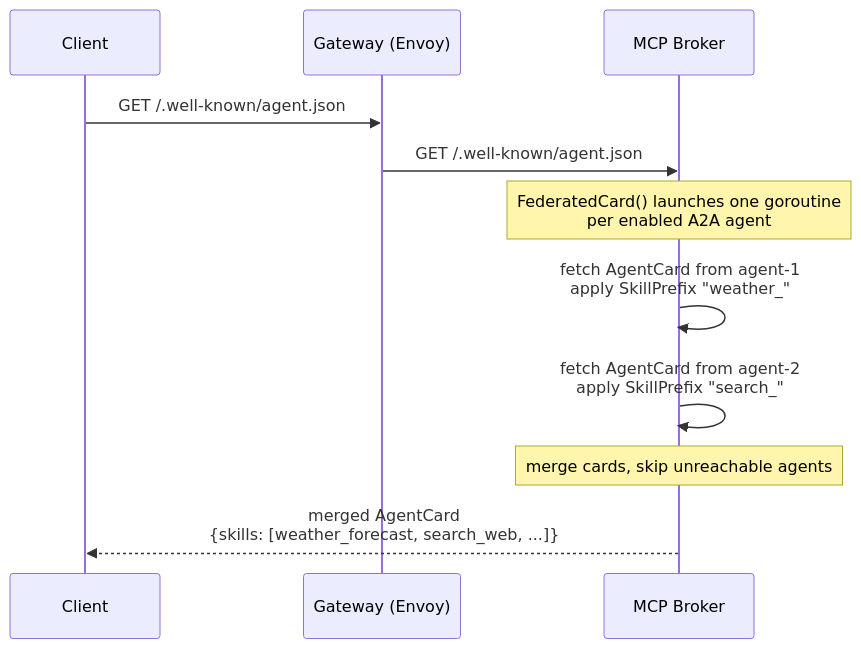
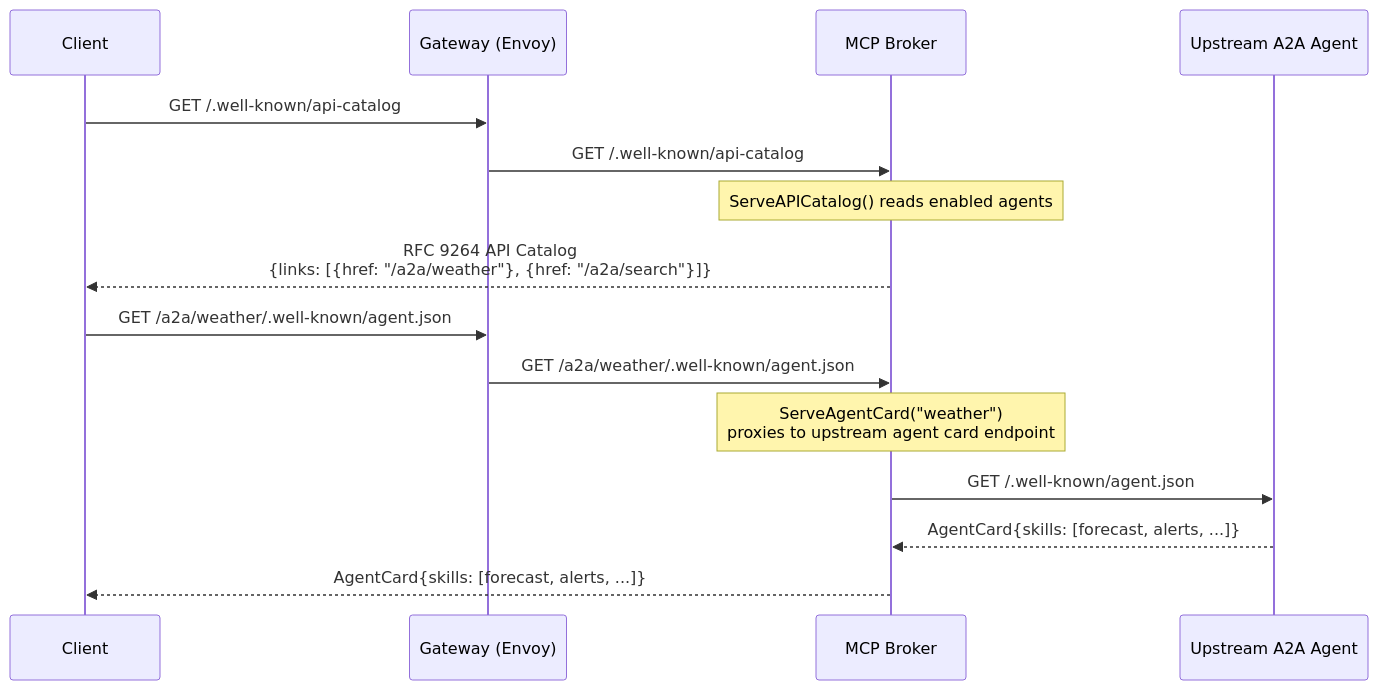
Before and after one commit to Aman-Cool/mcp-gateway: the first of 5 diagrams in docs/design/a2a/a2a-design.md, drawn with Mermaid. The commit also changed other lines of this file and 2 other files, not shown here.

First line of the commit message:
docs: revise A2A design to path-per-agent routing and RFC 9264 discovery

````diff
--- a/docs/design/a2a/a2a-design.md
+++ b/docs/design/a2a/a2a-design.md
@@ -111,14 +110,18 @@
 ```mermaid
 sequenceDiagram
     participant Client
     participant Gateway as Gateway (Envoy)
     participant Broker as MCP Broker
+    participant Upstream as Upstream A2A Agent
 
-    Client->>Gateway: GET /.well-known/agent.json
-    Gateway->>Broker: GET /.well-known/agent.json
-    Note over Broker: FederatedCard() launches one goroutine<br/>per enabled A2A agent
-    Broker->>Broker: fetch AgentCard from agent-1<br/>apply SkillPrefix "weather_"
-    Broker->>Broker: fetch AgentCard from agent-2<br/>apply SkillPrefix "search_"
-    Note over Broker: merge cards, skip unreachable agents
-    Broker-->>Client: merged AgentCard<br/>{skills: [weather_forecast, search_web, ...]}
+    Client->>Gateway: GET /.well-known/api-catalog
+    Gateway->>Broker: GET /.well-known/api-catalog
+    Note over Broker: ServeAPICatalog() reads enabled agents
+    Broker-->>Client: RFC 9264 API Catalog<br/>{links: [{href: "/a2a/weather"}, {href: "/a2a/search"}]}
+    Client->>Gateway: GET /a2a/weather/.well-known/agent.json
+    Gateway->>Broker: GET /a2a/weather/.well-known/agent.json
+    Note over Broker: ServeAgentCard("weather")<br/>proxies to upstream agent card endpoint
+    Broker->>Upstream: GET /.well-known/agent.json
+    Upstream-->>Broker: AgentCard{skills: [forecast, alerts, ...]}
+    Broker-->>Client: AgentCard{skills: [forecast, alerts, ...]}
 ```
````
